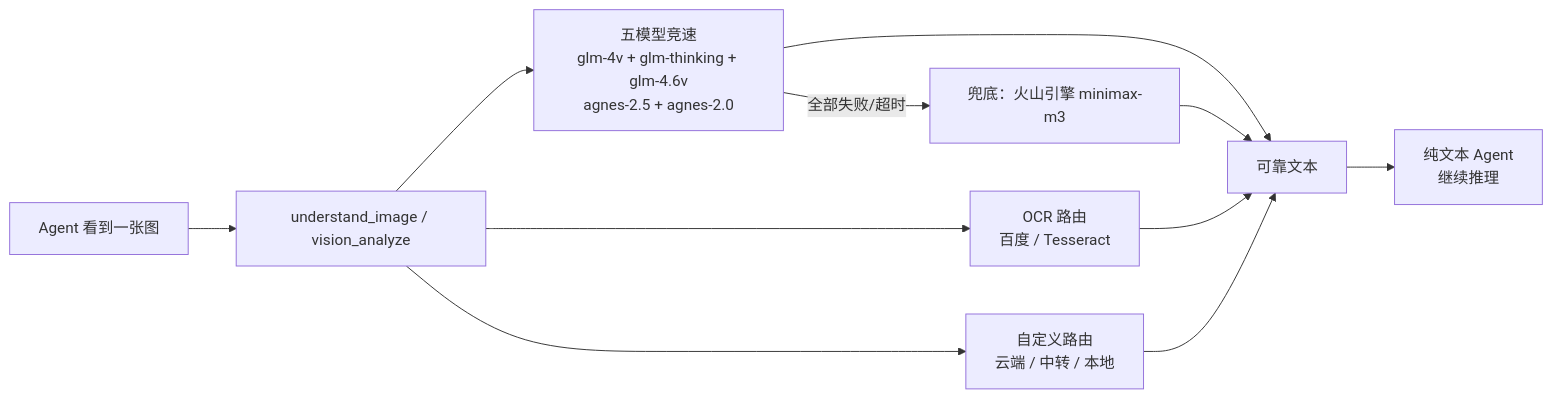
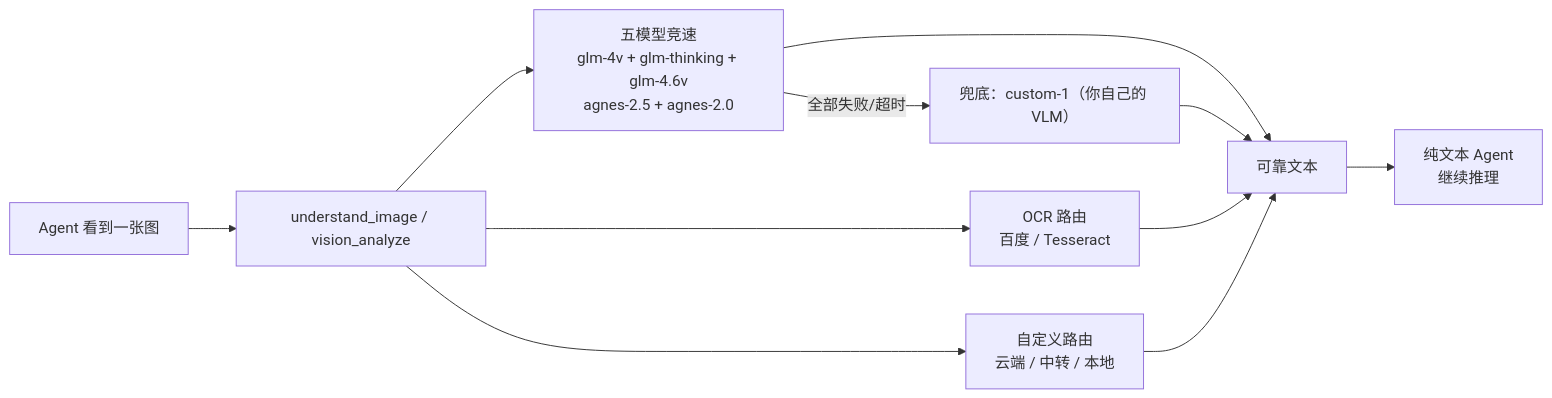
One commit to LaconicChip/vision-mcp changed the diagram in README.zh-CN.md. Above: the diagram before and after it, drawn with Mermaid. The commit also changed other lines of this file and 6 other files, not shown here.

````diff
--- a/README.zh-CN.md
+++ b/README.zh-CN.md
@@ -59,13 +59,13 @@
 ```mermaid
 flowchart LR
     A["Agent 看到一张图"] --> B["understand_image / vision_analyze"]
     B --> R["五模型竞速<br/>glm-4v + glm-thinking + glm-4.6v<br/>agnes-2.5 + agnes-2.0"]
     B --> O["OCR 路由<br/>百度 / Tesseract"]
     B --> C["自定义路由<br/>云端 / 中转 / 本地"]
     R --> T["可靠文本"]
     O --> T
     C --> T
-    R -- "全部失败/超时" --> V["兜底：火山引擎 minimax-m3"]
+    R -- "全部失败/超时" --> V["兜底：custom-1（你自己的 VLM）"]
     V --> T
     T --> D["纯文本 Agent<br/>继续推理"]
 ```
````
